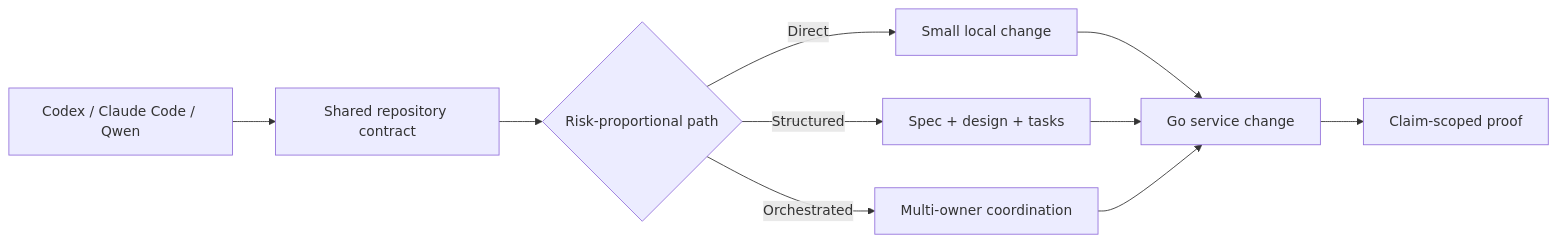
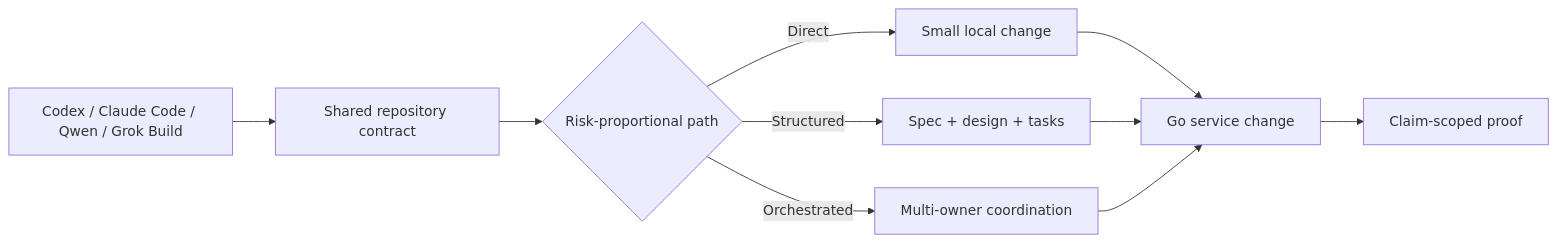
One commit to Dankosik/go-service-template-rest changed the first of 2 diagrams in README.md. Above: the diagram before and after it, drawn with Mermaid. The commit also changed other lines of this file and 38 other files, not shown here.

First line of the commit message:
feat: add Grok Build as a first-class agent harness

````diff
--- a/README.md
+++ b/README.md
@@ -196,12 +196,12 @@
 ```mermaid
 flowchart LR
-    A["Codex / Claude Code / Qwen"] --> B["Shared repository contract"]
+    A["Codex / Claude Code / Qwen / Grok Build"] --> B["Shared repository contract"]
     B --> C{"Risk-proportional path"}
     C -->|Direct| D["Small local change"]
     C -->|Structured| E["Spec + design + tasks"]
     C -->|Orchestrated| F["Multi-owner coordination"]
     D --> G["Go service change"]
     E --> G
     F --> G
     G --> H["Claim-scoped proof"]
 ```
````
